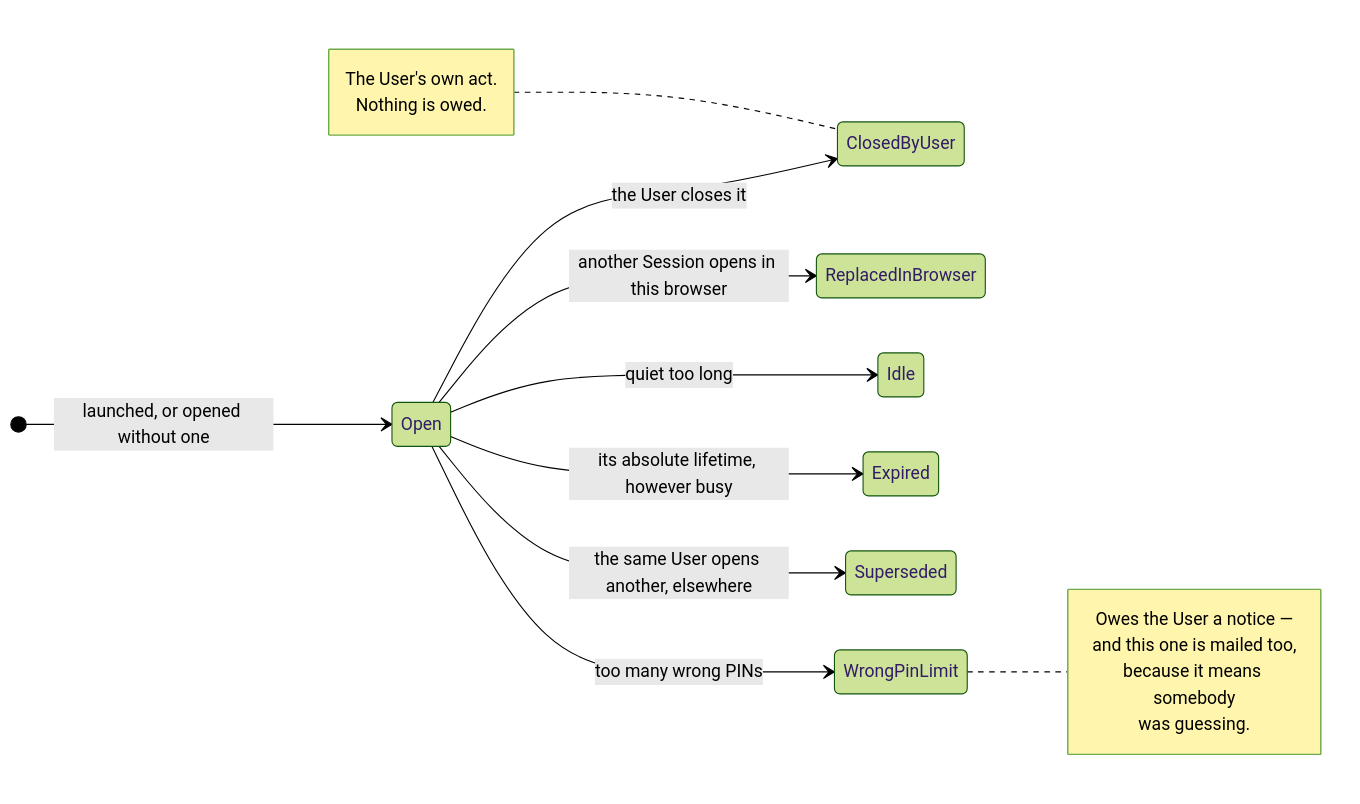
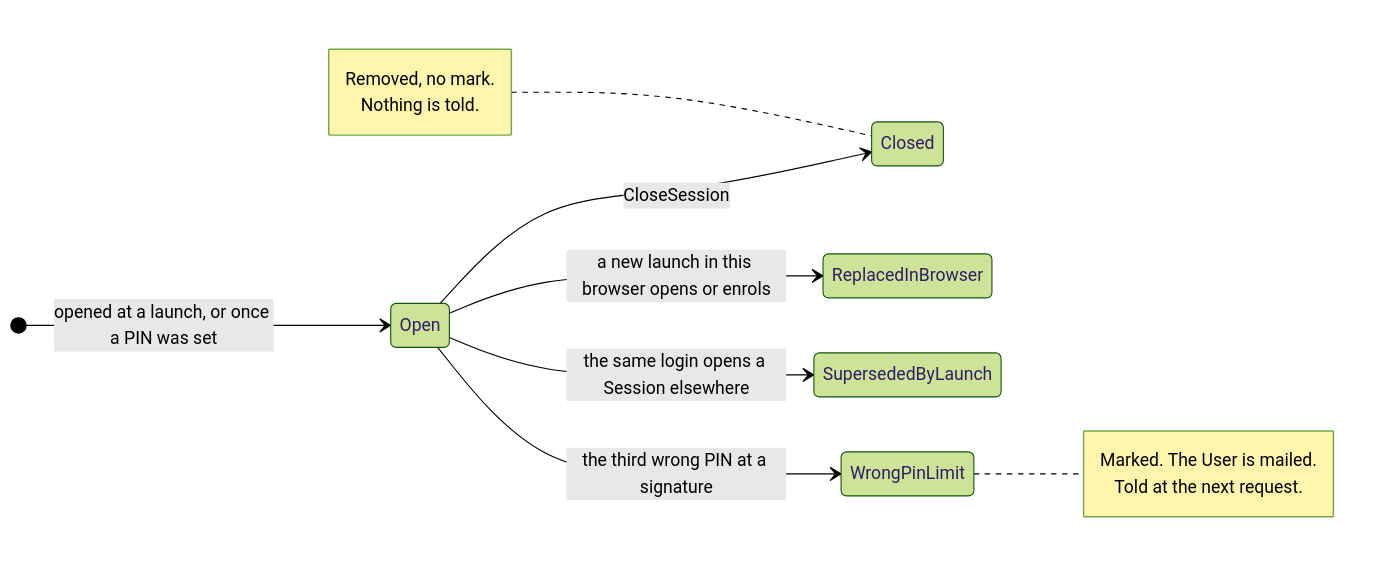
The first of 3 diagrams in docs/scenarios/integration/session-endings.md (informedica/GenPRES), drawn with Mermaid (forest theme) before and after one commit. The commit also changed other lines of this file and 13 other files, not shown here.

````diff
--- a/docs/scenarios/integration/session-endings.md
+++ b/docs/scenarios/integration/session-endings.md
@@ -6,26 +7,21 @@
 ```mermaid
 stateDiagram-v2
     direction LR
 
-    [*] --> Open : launched, or opened without one
+    [*] --> Open : opened at a launch, or once a PIN was set
 
-    Open --> ClosedByUser : the User closes it
-    Open --> ReplacedInBrowser : another Session opens in this browser
+    Open --> Closed : CloseSession
+    Open --> ReplacedInBrowser : a new launch in this browser opens or enrols
+    Open --> SupersededByLaunch : the same login opens a Session elsewhere
+    Open --> WrongPinLimit : the third wrong PIN at a signature
 
-    Open --> Idle : quiet too long
-    Open --> Expired : its absolute lifetime, however busy
-    Open --> Superseded : the same User opens another, elsewhere
-    Open --> WrongPinLimit : too many wrong PINs
-
-    note left of ClosedByUser
-        The User's own act.
-        Nothing is owed.
+    note left of Closed
+        Removed, no mark.
+        Nothing is told.
     end note
 
     note right of WrongPinLimit
-        Owes the User a notice —
-        and this one is mailed too,
-        because it means somebody
-        was guessing.
+        Marked. The User is mailed.
+        Told at the next request.
     end note
 ```
````
